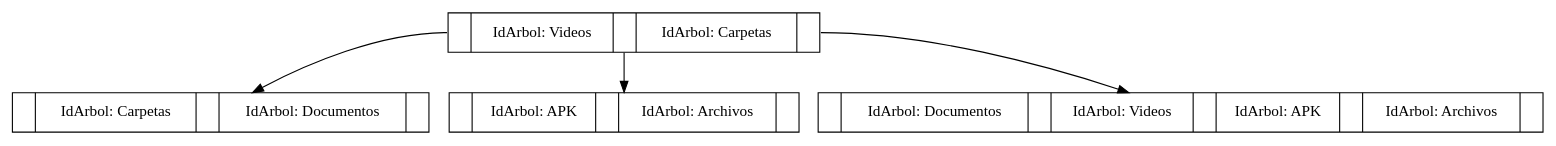
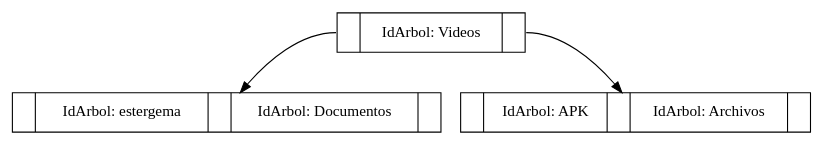
The diagram in arbolB.dot (EstrellitaArmas/Proyecto1s22017_201212919-EDD), drawn with Graphviz before and after one commit. The commit also changed 8 other files, not shown here.

```diff
--- a/arbolB.dot
+++ b/arbolB.dot
@@ -1,11 +1,9 @@
 digraph G{
 node [shape = record];
 rankdir = TD;
-activo_Videos [label= "<r0> | <cl1>IdArbol: Videos &#92; | <r1> | <cl2>IdArbol: Carpetas &#92; | <r2> "];
-activo_Videos:r0 -> activo_Carpetas;
+activo_Videos [label= "<r0> | <cl1>IdArbol: Videos &#92; | <r1> "];
+activo_Videos:r0 -> activo_estergema;
 activo_Videos:r1 -> activo_APK;
-activo_Videos:r2 -> activo_Documentos;
-activo_Carpetas [label= "<r0> | <cl1>IdArbol: Carpetas &#92; | <r1> | <cl2>IdArbol: Documentos &#92; | <r2> "];
+activo_estergema [label= "<r0> | <cl1>IdArbol: estergema &#92; | <r1> | <cl2>IdArbol: Documentos &#92; | <r2> "];
 activo_APK [label= "<r0> | <cl1>IdArbol: APK &#92; | <r1> | <cl2>IdArbol: Archivos &#92; | <r2> "];
-activo_Documentos [label= "<r0> | <cl1>IdArbol: Documentos &#92; | <r1> | <cl2>IdArbol: Videos &#92; | <r2> | <cl3>IdArbol: APK &#92; | <r3> | <cl4>IdArbol: Archivos &#92; | <r4> "];
 }
```
